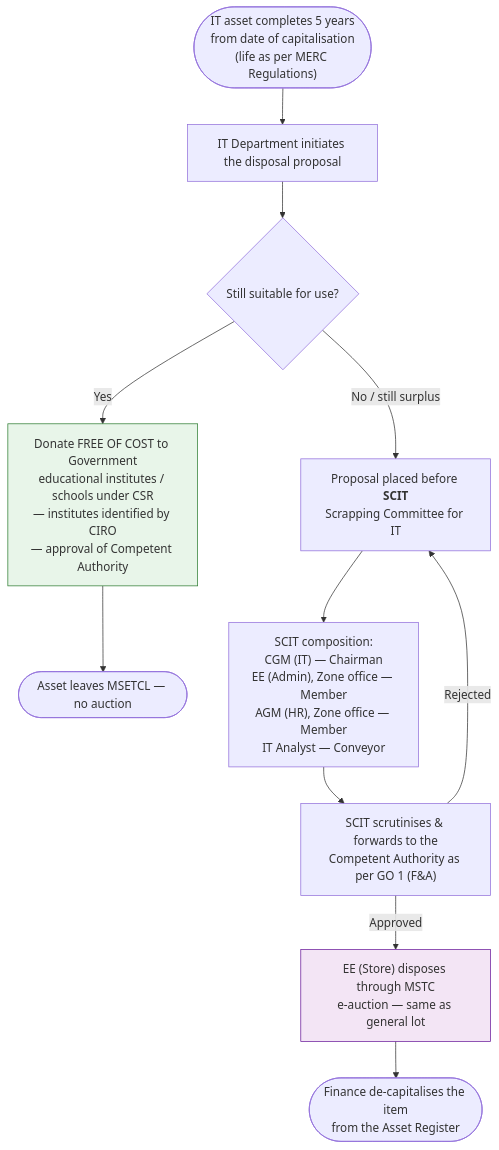
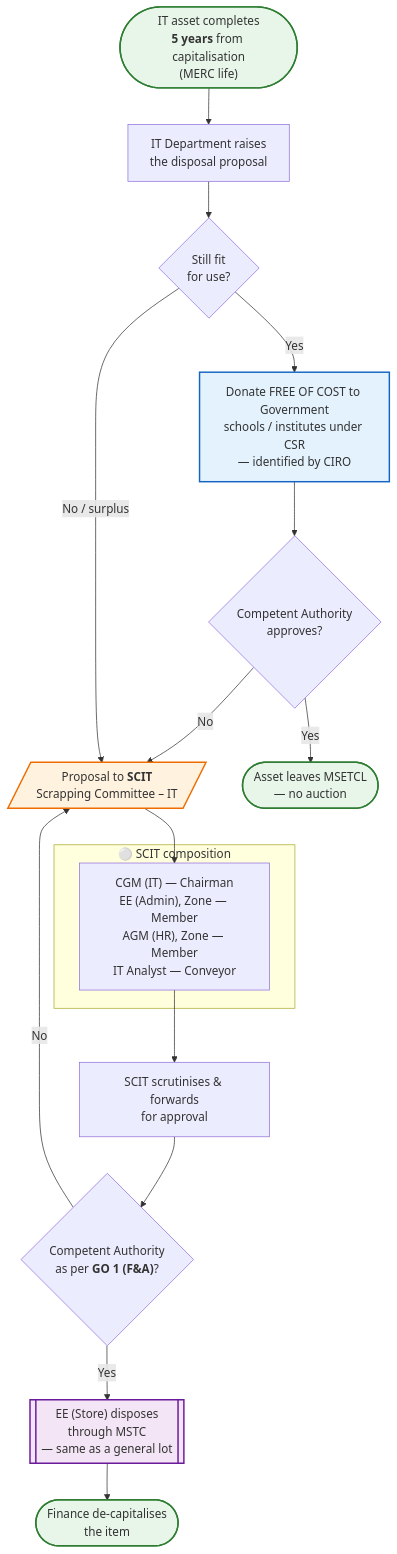
One commit to piyush4315/08.09.2026 changed the seventh of 10 diagrams in docs/flowchart.md. Above: the diagram before and after it, drawn with Mermaid. The commit also changed other lines of this file and 2 other files, not shown here.

Commit message:
Redraw policy flow charts as diagrammatic flowcharts with standard symbols

````diff
--- a/docs/flowchart.md
+++ b/docs/flowchart.md
@@ -227,16 +339,28 @@
 ```mermaid
 flowchart TD
-    I1(["IT asset completes 5 years<br/>from date of capitalisation<br/>(life as per MERC Regulations)"]) --> I2["IT Department initiates the disposal proposal"]
-    I2 --> I3{"Still suitable for use?"}
-    I3 -->|Yes| I4["Donate FREE OF COST to Government<br/>educational institutes / schools under CSR<br/>— institutes identified by CIRO<br/>— approval of Competent Authority"]
-    I4 --> I9(["Asset leaves MSETCL — no auction"])
-    I3 -->|"No / still surplus"| I5["Proposal placed before <b>SCIT</b><br/>Scrapping Committee for IT"]
-    I5 --> I6["SCIT composition:<br/>CGM (IT) — Chairman<br/>EE (Admin), Zone office — Member<br/>AGM (HR), Zone office — Member<br/>IT Analyst — Conveyor"]
-    I6 --> I7["SCIT scrutinises &amp; forwards to the<br/>Competent Authority as per GO 1 (F&amp;A)"]
-    I7 -->|Approved| I8["EE (Store) disposes through MSTC<br/>e-auction — same as general lot"]
-    I7 -->|Rejected| I5
-    I8 --> I10(["Finance de-capitalises the item<br/>from the Asset Register"])
+    START(["IT asset completes<br/><b>5 years</b> from capitalisation<br/>(MERC life)"]) --> I1["IT Department raises<br/>the disposal proposal"]
+    I1 --> Q1{"Still fit<br/>for use?"}
+    Q1 -->|"Yes"| GIFT["Donate FREE OF COST to Government<br/>schools / institutes under CSR<br/>— identified by CIRO"]
+    GIFT --> Q2{"Competent Authority<br/>approves?"}
+    Q2 -->|"No"| I2
+    Q2 -->|"Yes"| GIFTED(["Asset leaves MSETCL<br/>— no auction"])
+    Q1 -->|"No / surplus"| I2[/"Proposal to <b>SCIT</b><br/>Scrapping Committee – IT"/]
 
-    style I4 fill:#e8f5e9,stroke:#2e7d32
-    style I8 fill:#f3e5f5,stroke:#6a1b9a
+    subgraph SCIT["⚪ SCIT composition"]
+        S1["CGM (IT) — Chairman<br/>EE (Admin), Zone — Member<br/>AGM (HR), Zone — Member<br/>IT Analyst — Conveyor"]
+    end
+
+    I2 --> S1
+    S1 --> I3["SCIT scrutinises &amp; forwards<br/>for approval"]
+    I3 --> Q3{"Competent Authority<br/>as per <b>GO 1 (F&amp;A)</b>?"}
+    Q3 -->|"No"| I2
+    Q3 -->|"Yes"| I4[["EE (Store) disposes<br/>through MSTC<br/>— same as a general lot"]]
+    I4 --> I5(["Finance de-capitalises<br/>the item"])
+
+    style START fill:#e8f5e9,stroke:#2e7d32,stroke-width:2px
+    style GIFTED fill:#e8f5e9,stroke:#2e7d32,stroke-width:2px
+    style I5 fill:#e8f5e9,stroke:#2e7d32,stroke-width:2px
+    style I2 fill:#fff3e0,stroke:#ef6c00,stroke-width:2px
+    style I4 fill:#f3e5f5,stroke:#6a1b9a,stroke-width:2px
+    style GIFT fill:#e3f2fd,stroke:#1565c0,stroke-width:2px
 ```
````
